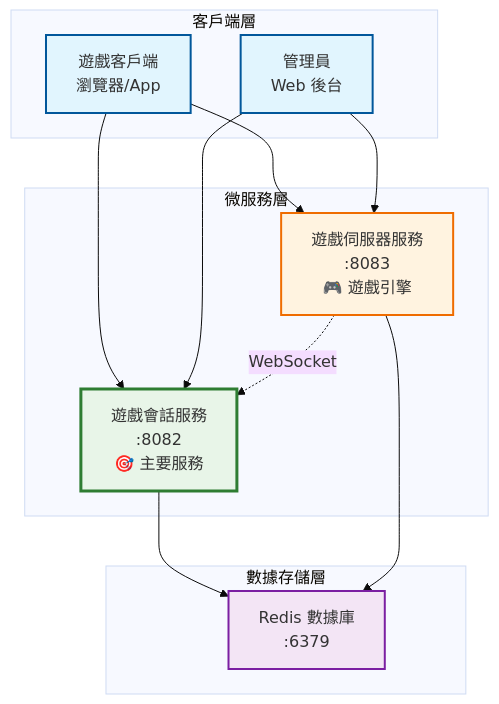
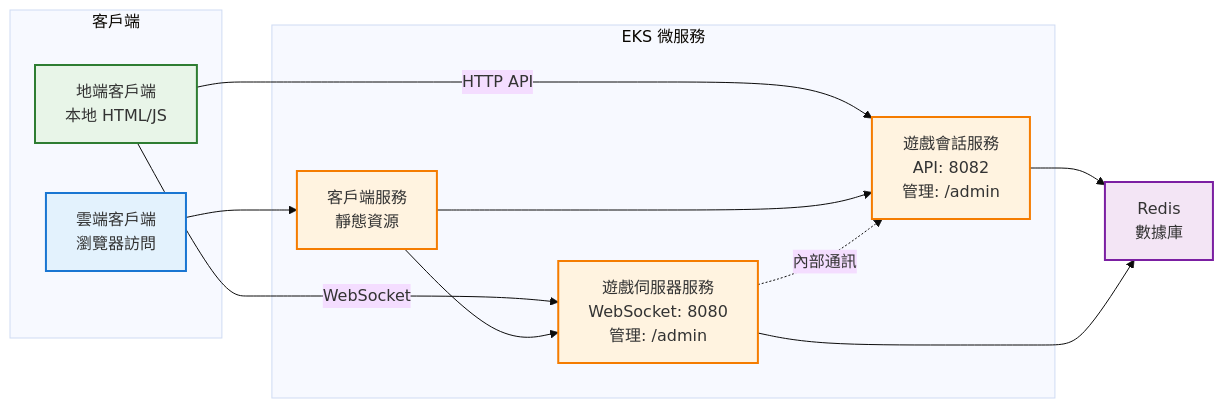
One commit to hoycdanny/fish-machine-workshop changed the first of 5 diagrams in .kiro/specs/fish-game-microservices/design.md. Above: the diagram before and after it, drawn with Mermaid (base theme). The commit also changed other lines of this file and 18 other files, not shown here.

````diff
--- a/.kiro/specs/fish-game-microservices/design.md
+++ b/.kiro/specs/fish-game-microservices/design.md
@@ -11,42 +11,37 @@
 ```mermaid
-graph TB
-    subgraph "客戶端層"
-        Client[遊戲客戶端<br/>瀏覽器/App]
-        Admin[管理員<br/>Web 後台]
+graph LR
+    subgraph "客戶端"
+        LocalClient["地端客戶端<br/>本地 HTML/JS"]
+        CloudClient["雲端客戶端<br/>瀏覽器訪問"]
     end
     
-    subgraph "微服務層"
-        GameSessionSvc[遊戲會話服務<br/>:8082<br/>🎯 主要服務]
-        GameServerSvc[遊戲伺服器服務<br/>:8083<br/>🎮 遊戲引擎]
+    subgraph "EKS 微服務"
+        ClientSvc["客戶端服務<br/>靜態資源"]
+        GameSessionSvc["遊戲會話服務<br/>API: 8082<br/>管理: /admin"]
+        GameServerSvc["遊戲伺服器服務<br/>WebSocket: 8080<br/>管理: /admin"]
     end
     
-    subgraph "數據存儲層"
-        Redis[Redis 數據庫<br/>:6379]
-    end
+    Redis["Redis<br/>數據庫"]
     
-    %% 客戶端連接
-    Client --> GameSessionSvc
-    Client --> GameServerSvc
+    LocalClient -->|HTTP API| GameSessionSvc
+    LocalClient -->|WebSocket| GameServerSvc
     
-    %% 管理員連接
-    Admin --> GameSessionSvc
-    Admin --> GameServerSvc
+    CloudClient --> ClientSvc
+    ClientSvc --> GameSessionSvc
+    ClientSvc --> GameServerSvc
     
-    %% 服務間通訊
-    GameServerSvc -.->|WebSocket| GameSessionSvc
+    GameServerSvc -.->|內部通訊| GameSessionSvc
     
-    %% 數據存儲連接
     GameSessionSvc --> Redis
     GameServerSvc --> Redis
     
-    %% 樣式定義
-    classDef clientStyle fill:#e1f5fe,stroke:#01579b,stroke-width:2px
-    classDef mainStyle fill:#e8f5e8,stroke:#2e7d32,stroke-width:3px
-    classDef gameStyle fill:#fff3e0,stroke:#ef6c00,stroke-width:2px
-    classDef dataStyle fill:#f3e5f5,stroke:#7b1fa2,stroke-width:2px
+    classDef local fill:#e8f5e8,stroke:#2e7d32,stroke-width:2px
+    classDef cloud fill:#e3f2fd,stroke:#1976d2,stroke-width:2px
+    classDef service fill:#fff3e0,stroke:#f57c00,stroke-width:2px
+    classDef data fill:#f3e5f5,stroke:#7b1fa2,stroke-width:2px
     
-    class Client,Admin clientStyle
-    class GameSessionSvc mainStyle
-    class GameServerSvc gameStyle
-    class Redis dataStyle
+    class LocalClient local
+    class CloudClient cloud
+    class ClientSvc,GameSessionSvc,GameServerSvc service
+    class Redis data
 ```
````
